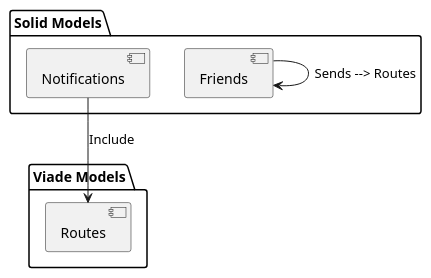
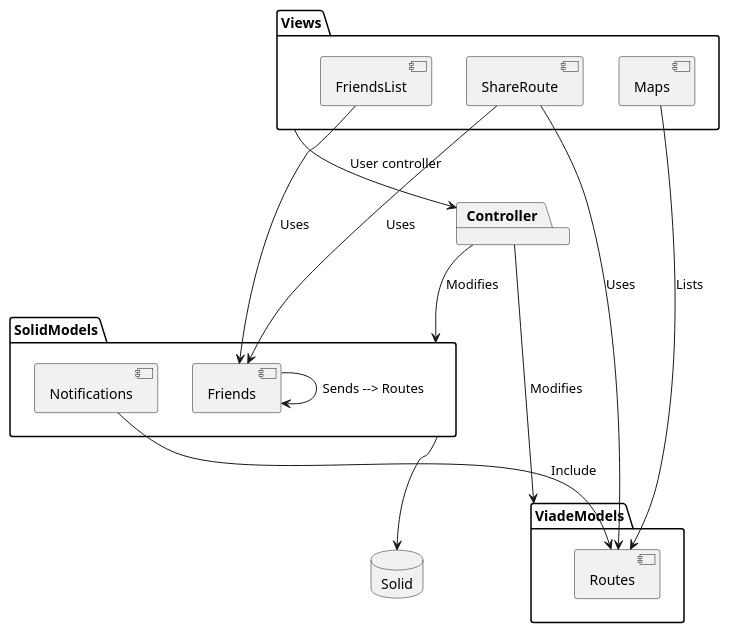
One commit to Arquisoft/viade_en1a changed the second of 3 diagrams in src/docs/05_building_block_view.adoc. Above: the diagram before and after it, drawn with PlantUML. The commit also changed other lines of this file, not shown here.

Commit message:
Black Box Level 1

```diff
--- a/src/docs/05_building_block_view.adoc
+++ b/src/docs/05_building_block_view.adoc
@@ -94,14 +92,42 @@
 [plantuml,"Models",png]
 ----
-package "Viade Models" {
+package "ViadeModels" {
     [Routes] as Routes
 }
 
-package "Solid Models" {
+package "SolidModels" {
     [Friends] as Friends
     [Notifications] as Notifications
 }
 
+package Views{
+    [FriendsList] as FriendsList
+    [ShareRoute] as ShareRoute
+    [Maps] as Maps
+}
+
+package Controller{
+
+}
+
+database  Solid
+
 Friends --> Friends :Sends --> Routes
 Notifications --> Routes :Include
+
+
+
+ShareRoute --> Friends:Uses
+ShareRoute --> Routes:Uses
+
+FriendsList --> Friends:Uses
+
+Maps --> Routes:Lists
+
+SolidModels -->  Solid
+
+Controller --> ViadeModels: "Modifies"
+Controller --> SolidModels: "Modifies"
+
+Views --> Controller : "User controller"
 ----
```
